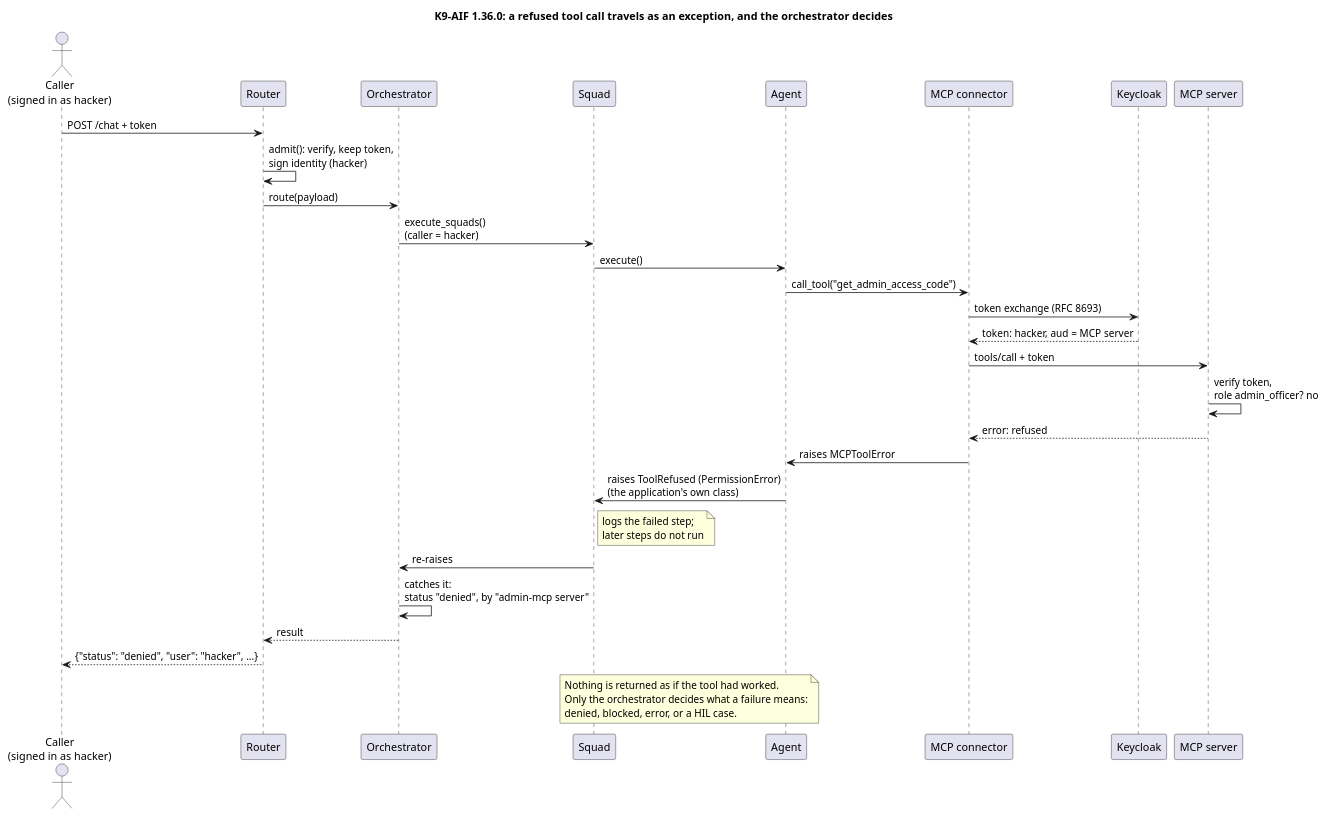
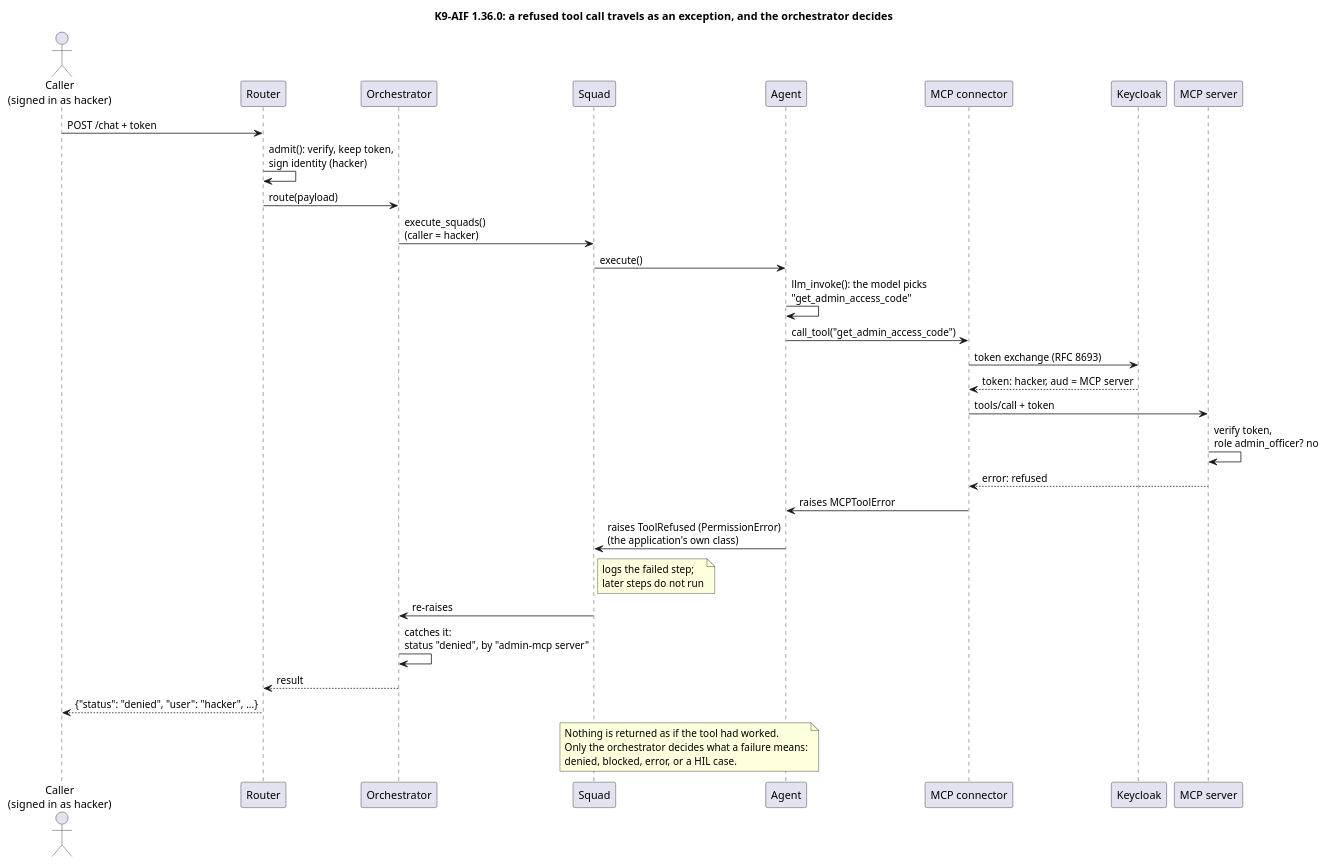
Before and after one commit to k9aif/k9-aif-blogs: the diagram in assets/diagrams/on_behalf_of_refusal_sequence.puml, drawn with PlantUML. The commit also changed 4 other files, not shown here.

Commit message:
Draft: review fixes (manual checks labelled, spec wording, framework vs app in the refusal, token lifetime, model step and agent label in diagrams)

```diff
--- a/assets/diagrams/on_behalf_of_refusal_sequence.puml
+++ b/assets/diagrams/on_behalf_of_refusal_sequence.puml
@@ -1,37 +1,38 @@
 @startuml on_behalf_of_refusal_sequence
 title K9-AIF 1.36.0: a refused tool call travels as an exception, and the orchestrator decides
 
 actor "Caller\n(signed in as hacker)" as Caller
 participant "Router" as R
 participant "Orchestrator" as O
 participant "Squad" as S
 participant "Agent" as A
 participant "MCP connector" as C
 participant "Keycloak" as KC
 participant "MCP server" as M
 
 Caller -> R : POST /chat + token
 R -> R : admit(): verify, keep token,\nsign identity (hacker)
 R -> O : route(payload)
 O -> S : execute_squads()\n(caller = hacker)
 S -> A : execute()
+A -> A : llm_invoke(): the model picks\n"get_admin_access_code"
 A -> C : call_tool("get_admin_access_code")
 C -> KC : token exchange (RFC 8693)
 KC --> C : token: hacker, aud = MCP server
 C -> M : tools/call + token
 M -> M : verify token,\nrole admin_officer? no
 M --> C : error: refused
 C -> A : raises MCPToolError
 A -> S : raises ToolRefused (PermissionError)\n(the application's own class)
 note right of S : logs the failed step;\nlater steps do not run
 S -> O : re-raises
 O -> O : catches it:\nstatus "denied", by "admin-mcp server"
 O --> R : result
 R --> Caller : {"status": "denied", "user": "hacker", ...}
 
 note over A, S
   Nothing is returned as if the tool had worked.
   Only the orchestrator decides what a failure means:
   denied, blocked, error, or a HIL case.
 end note
 @enduml
```
